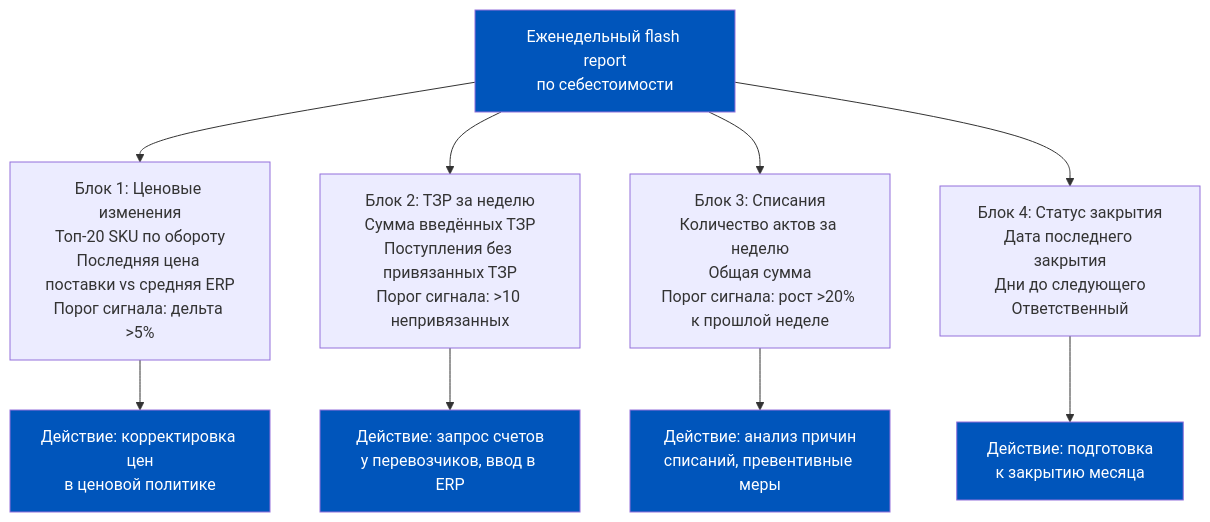
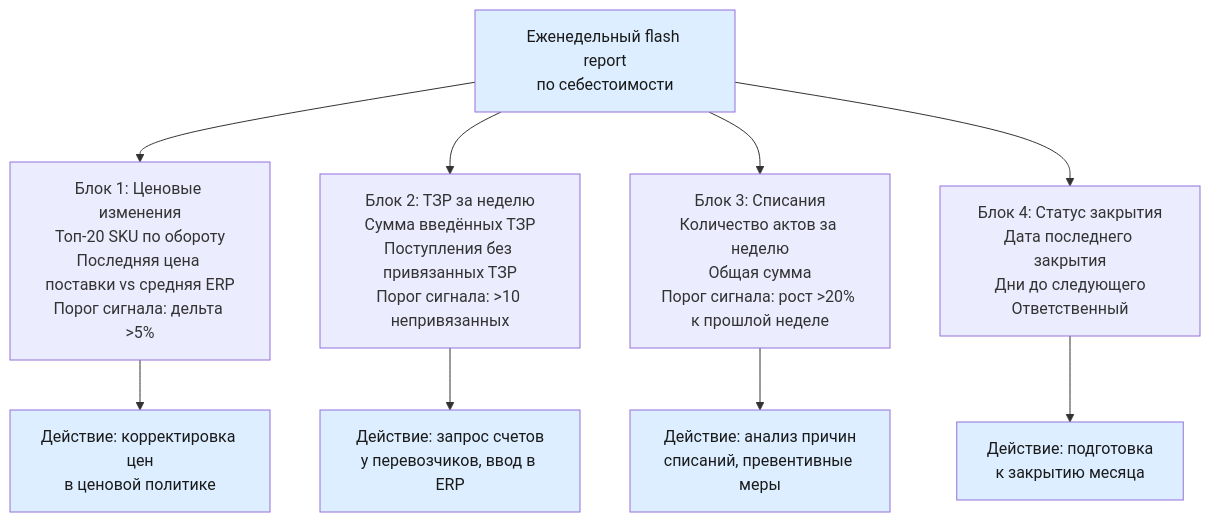
The seventh of 7 diagrams in content/1c-erp/week_8/Неделя 8 - День 1 - Себестоимость.md (murad1986/1c-erp-quartz), drawn with Mermaid before and after one commit. The commit also changed other lines of this file and 57 other files, not shown here.

First line of the commit message:
fix: Mermaid — пастельные цвета в источниках диаграмм (56 файлов)

````diff
--- a/content/1c-erp/week_8/Неделя 8 - День 1 - Себестоимость.md
+++ b/content/1c-erp/week_8/Неделя 8 - День 1 - Себестоимость.md
@@ -379,18 +379,18 @@
 ```mermaid
 flowchart TD
     A["Еженедельный flash report<br/>по себестоимости"] --> B["Блок 1: Ценовые изменения<br/>Топ-20 SKU по обороту<br/>Последняя цена поставки vs средняя ERP<br/>Порог сигнала: дельта >5%"]
     A --> C["Блок 2: ТЗР за неделю<br/>Сумма введённых ТЗР<br/>Поступления без привязанных ТЗР<br/>Порог сигнала: >10 непривязанных"]
     A --> D["Блок 3: Списания<br/>Количество актов за неделю<br/>Общая сумма<br/>Порог сигнала: рост >20% к прошлой неделе"]
     A --> E["Блок 4: Статус закрытия<br/>Дата последнего закрытия<br/>Дни до следующего<br/>Ответственный"]
 
     B --> F["Действие: корректировка цен<br/>в ценовой политике"]
     C --> G["Действие: запрос счетов<br/>у перевозчиков, ввод в ERP"]
     D --> H["Действие: анализ причин<br/>списаний, превентивные меры"]
     E --> I["Действие: подготовка<br/>к закрытию месяца"]
 
-    style A fill:#0055BB,color:#fff
-    style F fill:#0055BB,color:#fff
-    style G fill:#0055BB,color:#fff
-    style H fill:#0055BB,color:#fff
-    style I fill:#0055BB,color:#fff
+    style A fill:#dceeff,color:#1a1a1a
+    style F fill:#dceeff,color:#1a1a1a
+    style G fill:#dceeff,color:#1a1a1a
+    style H fill:#dceeff,color:#1a1a1a
+    style I fill:#dceeff,color:#1a1a1a
 ```
````
